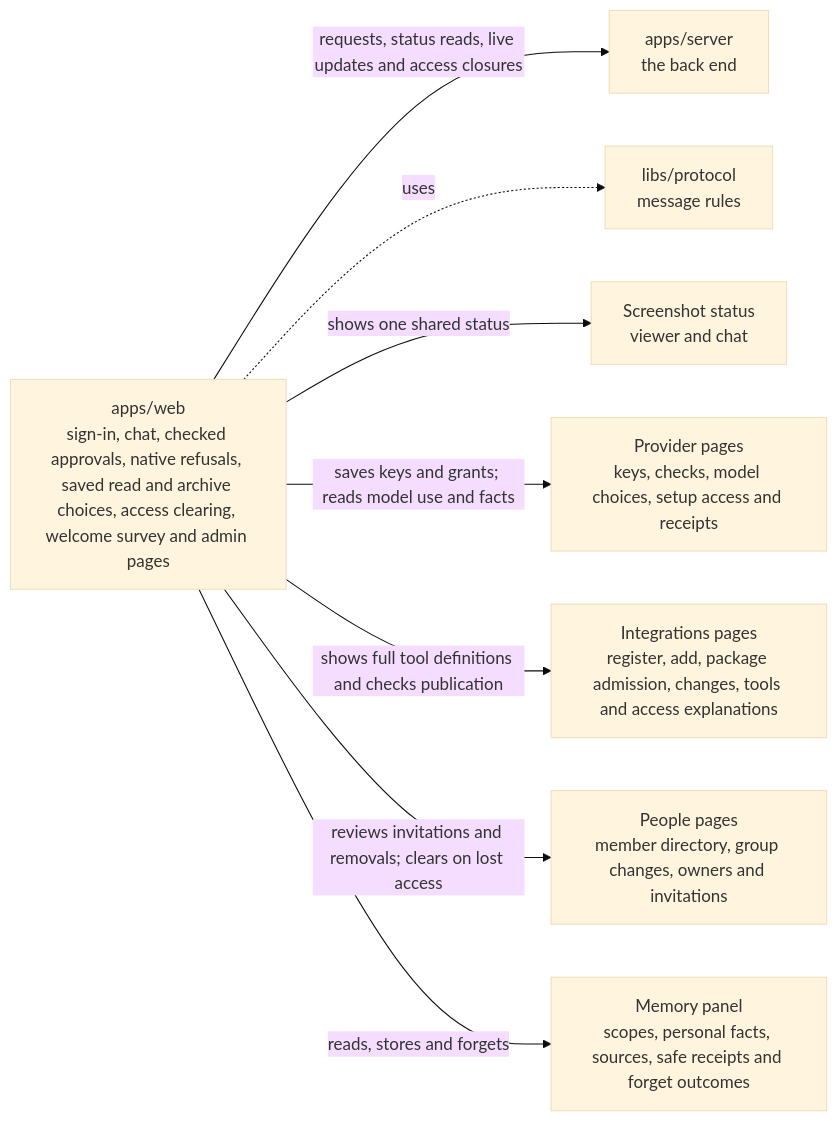
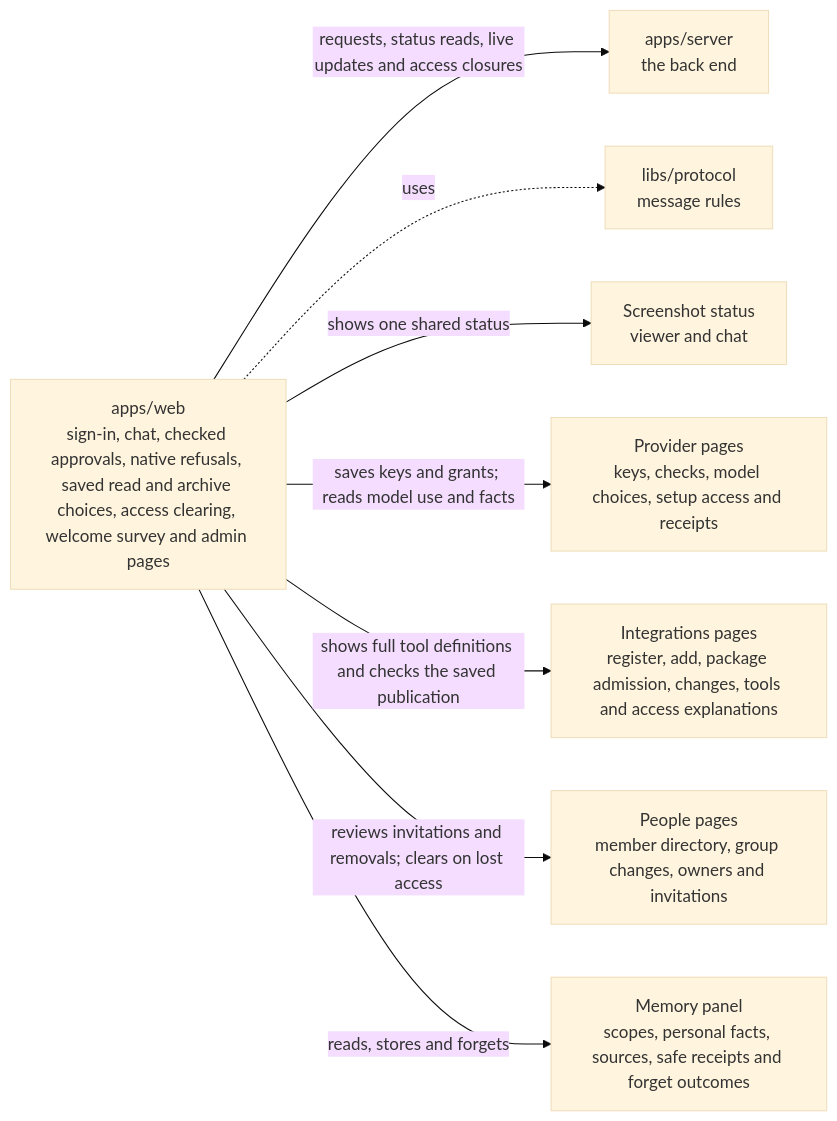
One commit to elewa-git/opencrane-new changed the diagram in apps/web/README.md. Above: the diagram before and after it, drawn with Mermaid (base theme). The commit also changed other lines of this file and 2 other files, not shown here.

Commit message:
🛠️ Release checked older publication references

````diff
--- a/apps/web/README.md
+++ b/apps/web/README.md
@@ -11,10 +11,10 @@
 ```mermaid
 flowchart LR
   web["apps/web<br/>sign-in, chat, checked approvals, native refusals, saved read and archive choices, access clearing, welcome survey and admin pages"] -->|requests, status reads, live updates and access closures| server["apps/server<br/>the back end"]
   web -.->|uses| protocol["libs/protocol<br/>message rules"]
   web -->|shows one shared status| capture["Screenshot status<br/>viewer and chat"]
   web -->|saves keys and grants; reads model use and facts| providers["Provider pages<br/>keys, checks, model choices, setup access and receipts"]
-  web -->|shows full tool definitions and checks publication| integrations["Integrations pages<br/>register, add, package admission, changes, tools and access explanations"]
+  web -->|shows full tool definitions and checks the saved publication| integrations["Integrations pages<br/>register, add, package admission, changes, tools and access explanations"]
   web -->|reviews invitations and removals; clears on lost access| people["People pages<br/>member directory, group changes, owners and invitations"]
   web -->|reads, stores and forgets| memory["Memory panel<br/>scopes, personal facts, sources, safe receipts and forget outcomes"]
 ```
````
